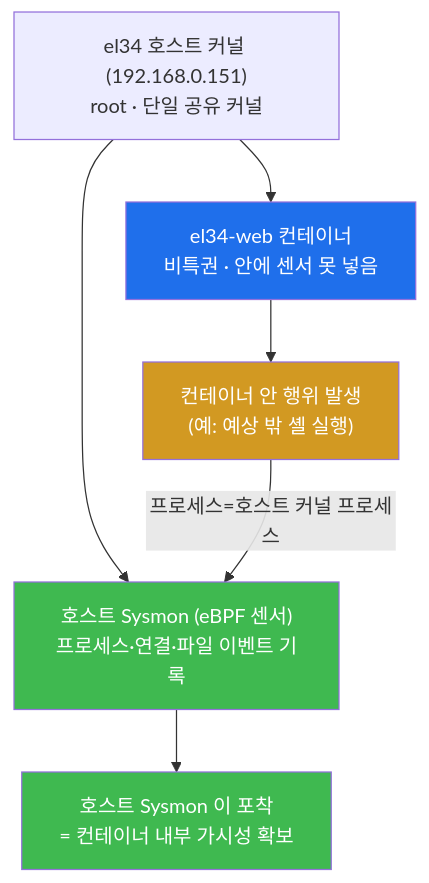
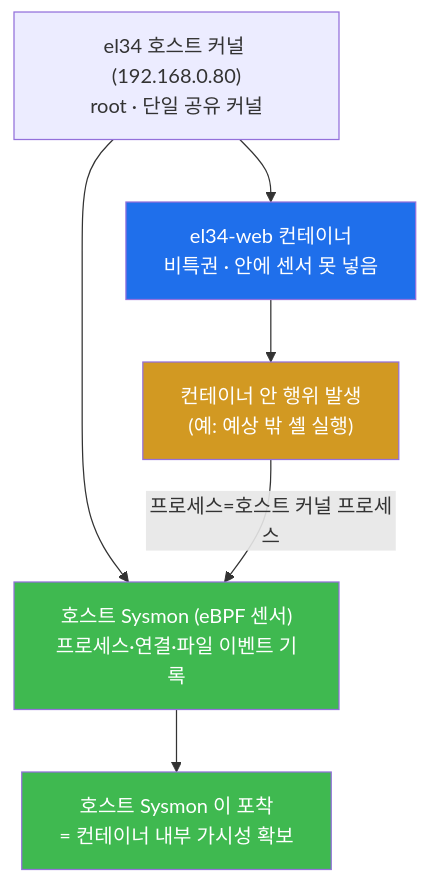
One commit to mrgrit/tw2 changed the sixth of 11 diagrams in contents/training/cloud-container/lecture_week10.md. Above: the diagram before and after it, drawn with Mermaid. The commit also changed other lines of this file and 119 other files, not shown here.

````diff
--- a/contents/training/cloud-container/lecture_week10.md
+++ b/contents/training/cloud-container/lecture_week10.md
@@ -377,17 +377,17 @@
 ```mermaid
 graph TD
-    HOST["el34 호스트 커널 (192.168.0.151)<br/>root · 단일 공유 커널"]
+    HOST["el34 호스트 커널 (192.168.0.80)<br/>root · 단일 공유 커널"]
     SYSMON["호스트 Sysmon (eBPF 센서)<br/>프로세스·연결·파일 이벤트 기록"]
     WEB["el34-web 컨테이너<br/>비특권 · 안에 센서 못 넣음"]
     EVT["컨테이너 안 행위 발생<br/>(예: 예상 밖 셸 실행)"]
     SEEN["호스트 Sysmon 이 포착<br/>= 컨테이너 내부 가시성 확보"]
     HOST --> SYSMON
     HOST --> WEB
     WEB --> EVT
     EVT -->|"프로세스=호스트 커널 프로세스"| SYSMON
     SYSMON --> SEEN
     style SYSMON fill:#3fb950,color:#fff
     style EVT fill:#d29922,color:#fff
     style WEB fill:#1f6feb,color:#fff
     style SEEN fill:#3fb950,color:#fff
 ```
````
